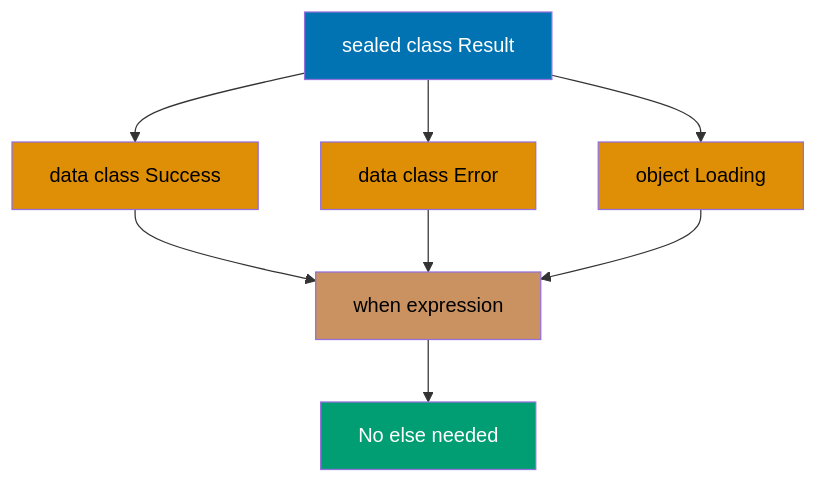
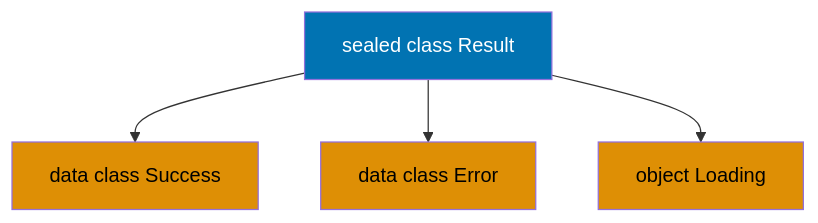
Before and after one commit to wahidyankf/open-sharia-enterprise: the sixth of 9 diagrams in apps/ayokoding-web/content/en/learn/software-engineering/programming-languages/kotlin/tutorials/by-example/beginner.md, drawn with Mermaid. The commit also changed other lines of this file, not shown here.

````diff
--- a/apps/ayokoding-web/content/en/learn/software-engineering/programming-languages/kotlin/tutorials/by-example/beginner.md
+++ b/apps/ayokoding-web/content/en/learn/software-engineering/programming-languages/kotlin/tutorials/by-example/beginner.md
@@ -1847,18 +2492,12 @@
 ```mermaid
 %% Sealed class hierarchy
 graph TD
     A[sealed class Result] --> B[data class Success]
     A --> C[data class Error]
     A --> D[object Loading]
-    B --> E[when expression]
-    C --> E
-    D --> E
-    E --> F[No else needed]
 
     style A fill:#0173B2,color:#fff
     style B fill:#DE8F05,color:#000
     style C fill:#DE8F05,color:#000
     style D fill:#DE8F05,color:#000
-    style E fill:#CA9161,color:#000
-    style F fill:#029E73,color:#fff
 ```
````
